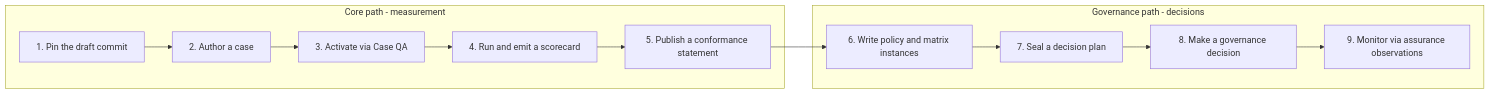
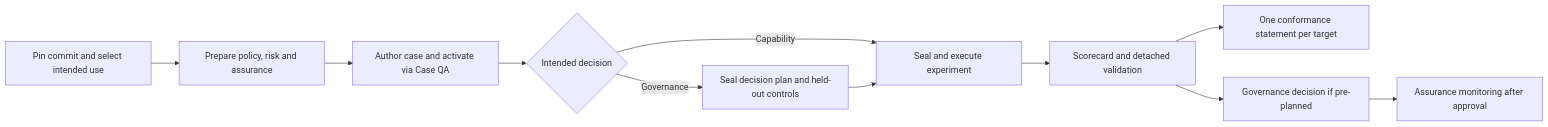
One commit to mingazhev/agent-evals-standard changed the diagram in standard/adoption-guide.md. Above: the diagram before and after it, drawn with Mermaid. The commit also changed other lines of this file and 290 other files, not shown here.

````diff
--- a/standard/adoption-guide.md
+++ b/standard/adoption-guide.md
@@ -16,15 +13,13 @@
 ```mermaid
 flowchart LR
-  subgraph core[Core path - measurement]
-    A[1. Pin the draft commit] --> B[2. Author a case]
-    B --> C[3. Activate via Case QA]
-    C --> D[4. Run and emit a scorecard]
-    D --> E[5. Publish a conformance statement]
-  end
-  subgraph gov[Governance path - decisions]
-    G[6. Write policy and matrix instances] --> H[7. Seal a decision plan]
-    H --> I[8. Make a governance decision]
-    I --> J[9. Monitor via assurance observations]
-  end
-  E --> G
+  A[Pin commit and select intended use] --> P[Prepare policy, risk and assurance]
+  P --> B[Author case and activate via Case QA]
+  B --> C{Intended decision}
+  C -->|Capability| R[Seal and execute experiment]
+  C -->|Governance| G[Seal decision plan and held-out controls]
+  G --> R
+  R --> S[Scorecard and detached validation]
+  S --> E[One conformance statement per target]
+  S --> D[Governance decision if pre-planned]
+  D --> M[Assurance monitoring after approval]
 ```
````
